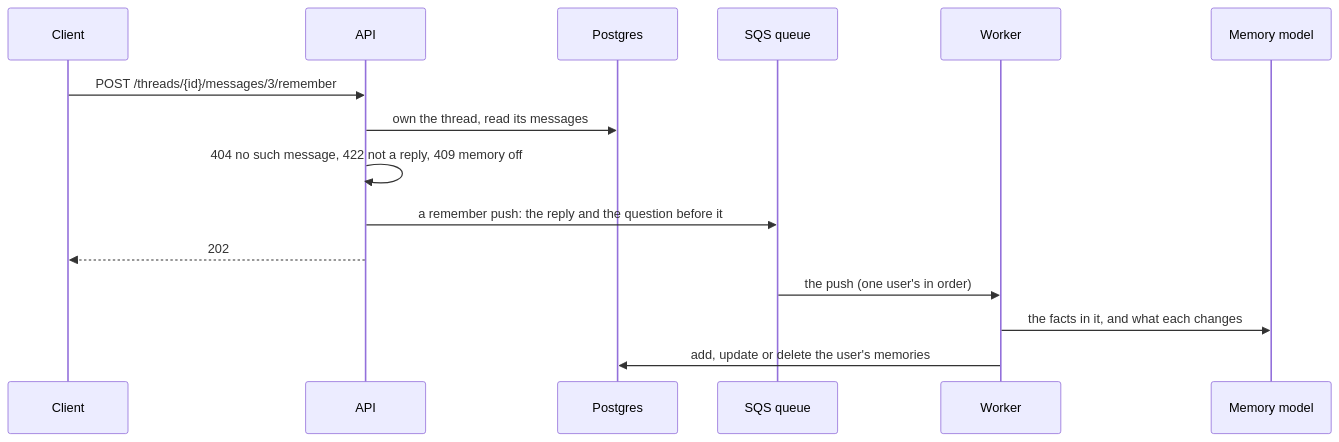
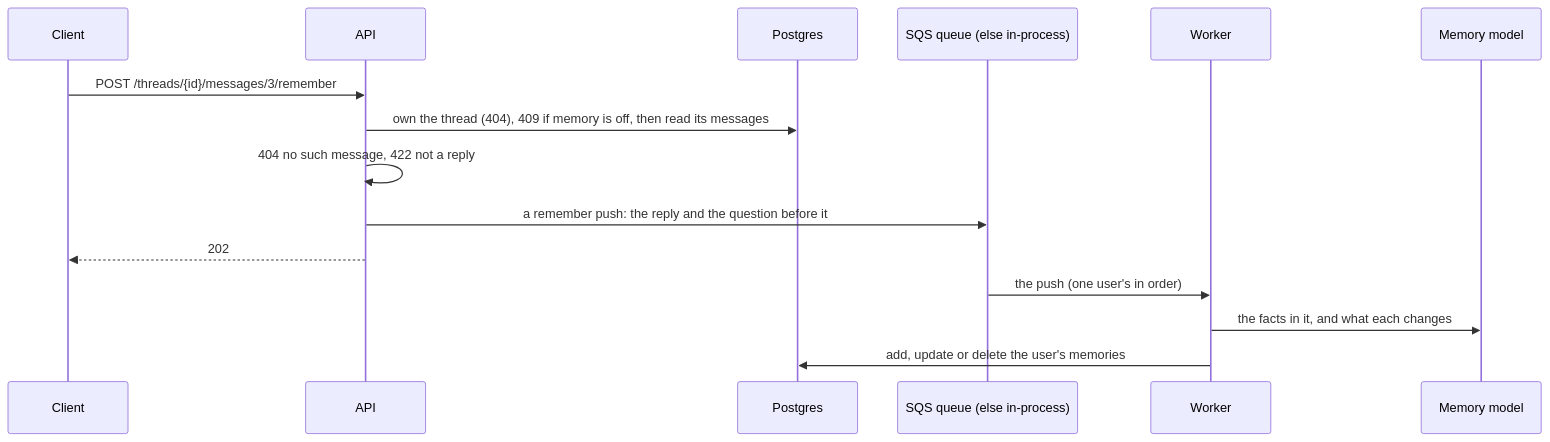
One commit to Anirudh1905/agentic-ai-chatbot changed the sixth of 9 diagrams in docs/api.md. Above: the diagram before and after it, drawn with Mermaid. The commit also changed other lines of this file and 72 other files, not shown here.

````diff
--- a/docs/api.md
+++ b/docs/api.md
@@ -200,17 +205,17 @@
 ```mermaid
 sequenceDiagram
     participant C as Client
     participant API as API
     participant PG as Postgres
-    participant Q as SQS queue
+    participant Q as SQS queue (else in-process)
     participant W as Worker
     participant M as Memory model
     C->>API: POST /threads/{id}/messages/3/remember
-    API->>PG: own the thread, read its messages
-    API->>API: 404 no such message, 422 not a reply, 409 memory off
+    API->>PG: own the thread (404), 409 if memory is off, then read its messages
+    API->>API: 404 no such message, 422 not a reply
     API->>Q: a remember push: the reply and the question before it
     API-->>C: 202
     Q->>W: the push (one user's in order)
     W->>M: the facts in it, and what each changes
     W->>PG: add, update or delete the user's memories
 ```
````
